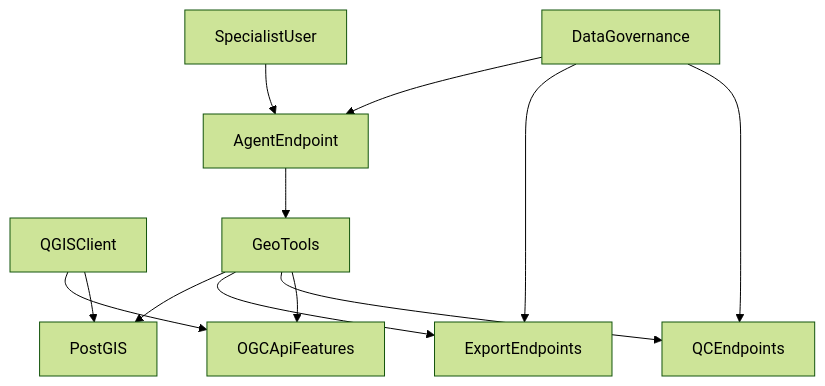
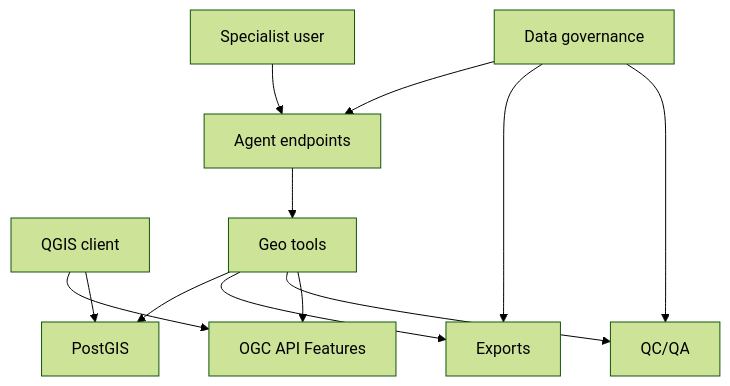
One commit to salsama1/twuiq_proj changed the first of 2 diagrams in Backend/Geo_Cortex/Geo_Cortex_Assistant/README.md. Above: the diagram before and after it, drawn with Mermaid (forest theme). The commit also changed other lines of this file and 3 other files, not shown here.

````diff
--- a/Backend/Geo_Cortex/Geo_Cortex_Assistant/README.md
+++ b/Backend/Geo_Cortex/Geo_Cortex_Assistant/README.md
@@ -66,14 +29,14 @@
 ```mermaid
 flowchart TD
-  QGIS[QGISClient] --> OGC[OGCApiFeatures]
+  QGIS[QGIS client] --> OGC[OGC API Features]
   QGIS --> DB[PostGIS]
-  Analyst[SpecialistUser] --> Agent[AgentEndpoint]
-  Agent --> Tools[GeoTools]
+  Analyst[Specialist user] --> Agent[Agent endpoints]
+  Agent --> Tools[Geo tools]
   Tools --> DB
-  Tools --> Exports[ExportEndpoints]
-  Tools --> QC[QCEndpoints]
+  Tools --> Exports[Exports]
+  Tools --> QC[QC/QA]
   Tools --> OGC
-  Gov[DataGovernance] --> Agent
+  Gov[Data governance] --> Agent
   Gov --> Exports
   Gov --> QC
 ```
````
